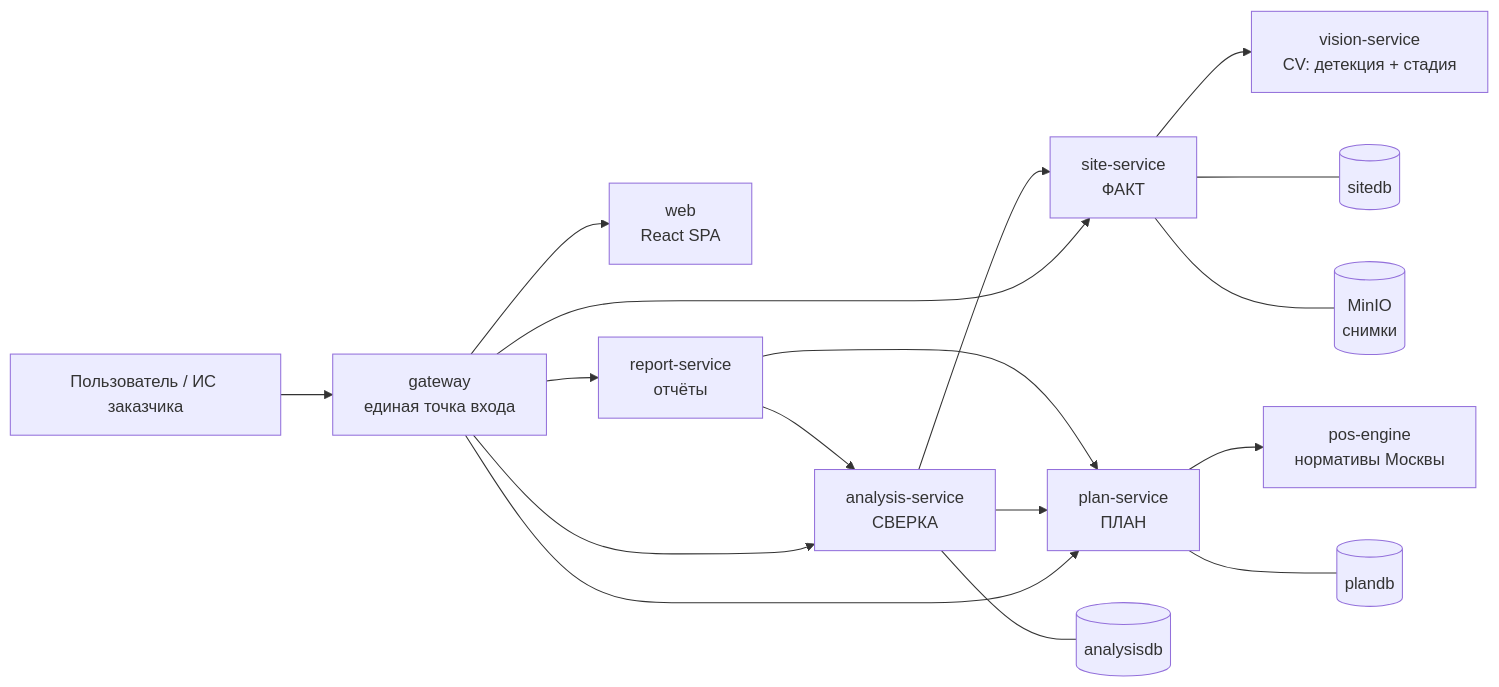
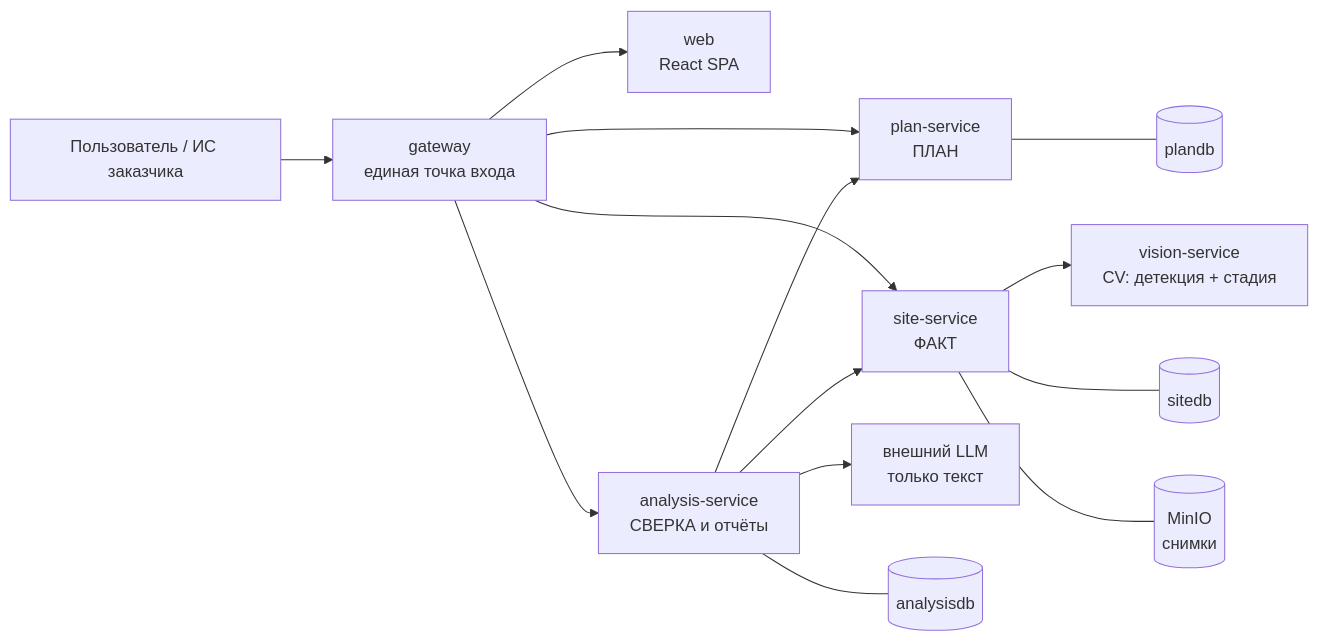
The diagram in README.md (cerXXXX/ConstructionSupervision), drawn with Mermaid before and after one commit. The commit also changed other lines of this file and 45 other files, not shown here.

````diff
--- a/README.md
+++ b/README.md
@@ -45,22 +47,19 @@
 ```mermaid
 flowchart LR
     U["Пользователь / ИС заказчика"] --> GW["gateway<br/>единая точка входа"]
 
     GW --> WEB["web<br/>React SPA"]
     GW --> PLAN["plan-service<br/>ПЛАН"]
     GW --> SITE["site-service<br/>ФАКТ"]
-    GW --> ANL["analysis-service<br/>СВЕРКА"]
-    GW --> REP["report-service<br/>отчёты"]
+    GW --> ANL["analysis-service<br/>СВЕРКА и отчёты"]
 
-    PLAN --> POS["pos-engine<br/>нормативы Москвы"]
     SITE --> VIS["vision-service<br/>CV: детекция + стадия"]
     ANL --> PLAN
     ANL --> SITE
-    REP --> ANL
-    REP --> PLAN
+    ANL --> LLM["внешний LLM<br/>только текст"]
 
     PLAN --- PDB[("plandb")]
     SITE --- SDB[("sitedb")]
     ANL --- ADB[("analysisdb")]
     SITE --- S3[("MinIO<br/>снимки")]
 ```
````
